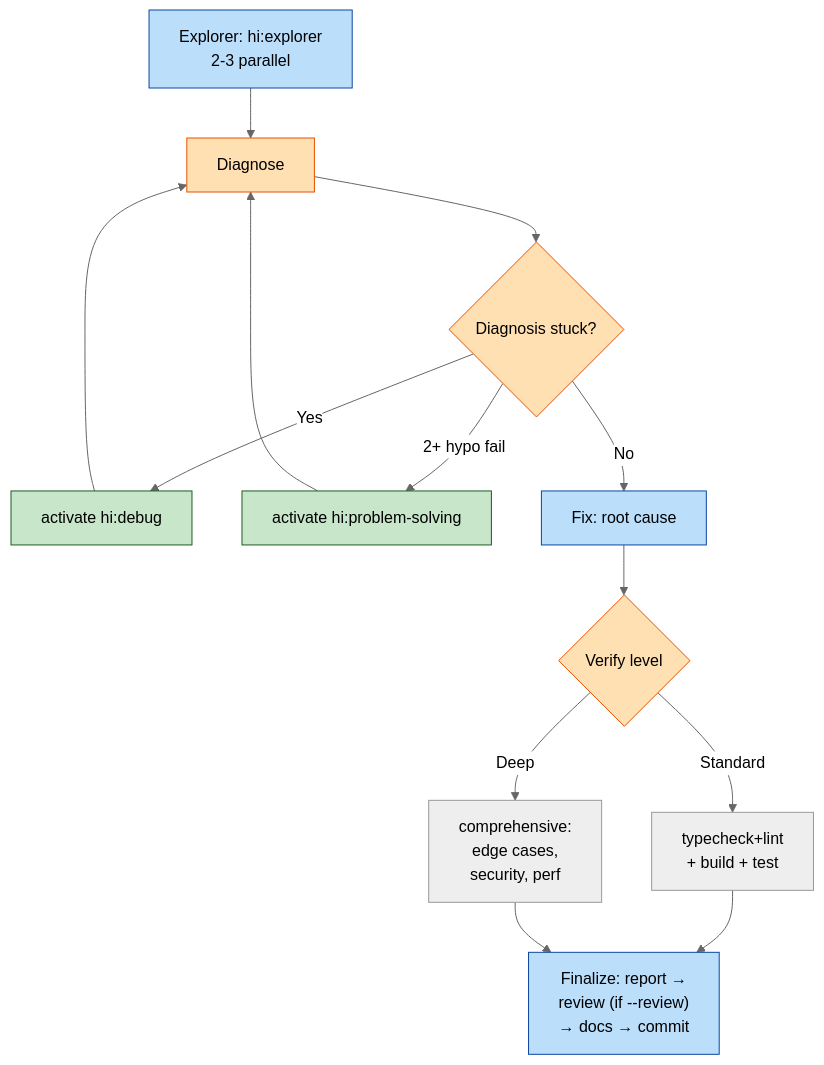
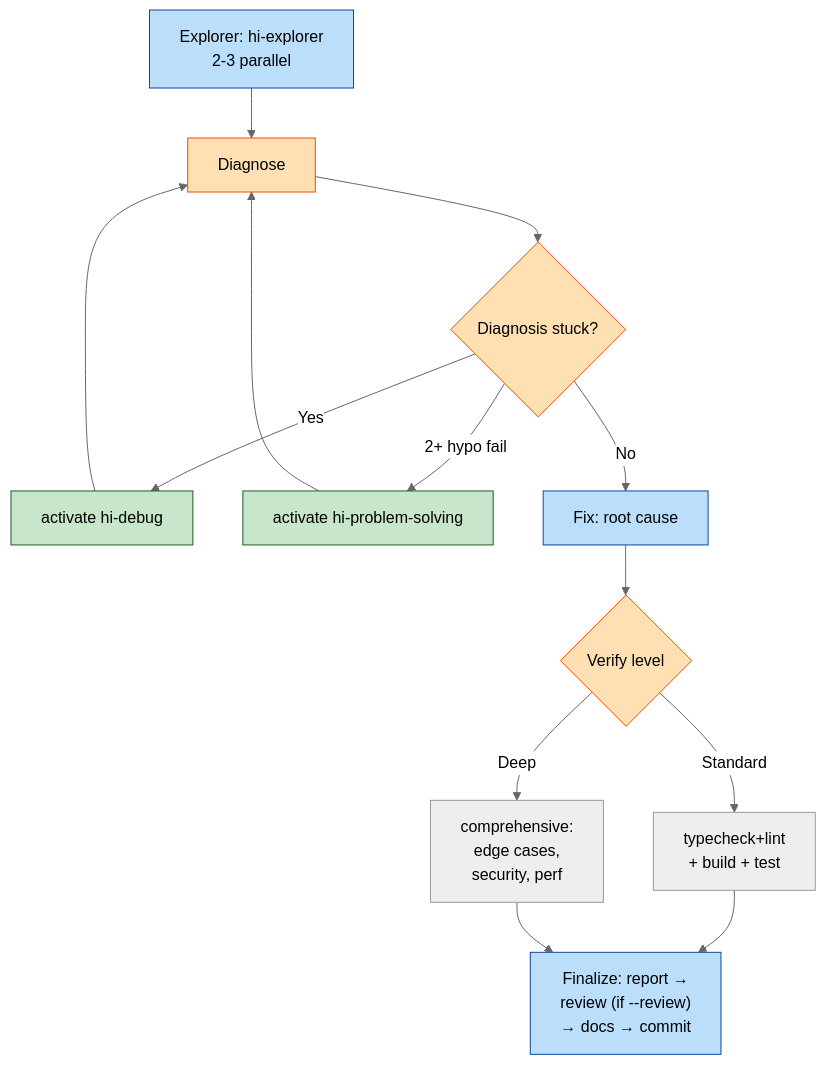
The third of 7 diagrams in README.md (baka3k/dev-kit), drawn with Mermaid (neutral theme) before and after one commit. The commit also changed other lines of this file and 26 other files, not shown here.

````diff
--- a/README.md
+++ b/README.md
@@ -358,30 +358,30 @@
 ```mermaid
 graph TD
-    A["Explorer: hi:explorer<br/>2-3 parallel"] --> B["Diagnose"]
+    A["Explorer: hi-explorer<br/>2-3 parallel"] --> B["Diagnose"]
 
     B --> B1{"Diagnosis stuck?"}
 
-    B1 -->|Yes| B2["activate hi:debug"]
-    B1 -->|"2+ hypo fail"| B3["activate hi:problem-solving"]
+    B1 -->|Yes| B2["activate hi-debug"]
+    B1 -->|"2+ hypo fail"| B3["activate hi-problem-solving"]
     B1 -->|No| C
 
     B2 --> B
     B3 --> B
 
     C["Fix: root cause"] --> D{"Verify level"}
 
     D -->|Standard| D1["typecheck+lint<br/>+ build + test"]
     D -->|Deep| D2["comprehensive:<br/>edge cases,<br/>security, perf"]
 
     D1 --> E["Finalize: report →<br/>review (if --review)<br/>→ docs → commit"]
     D2 --> E
 
     classDef step fill:#bbdefb,stroke:#0d47a1,color:#000
     classDef skill fill:#c8e6c9,stroke:#1b5e20,color:#000
     classDef gate fill:#ffe0b2,stroke:#e65100,color:#000
 
     class A,C,E step
     class B2,B3 skill
     class B,B1,D gate
 
 ```
````
